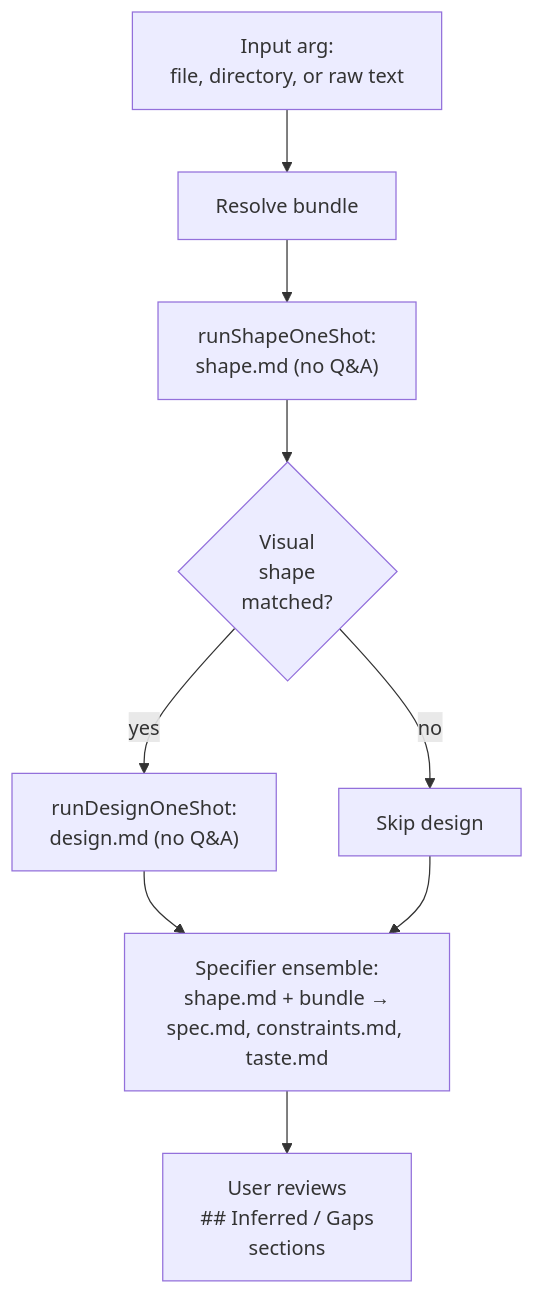
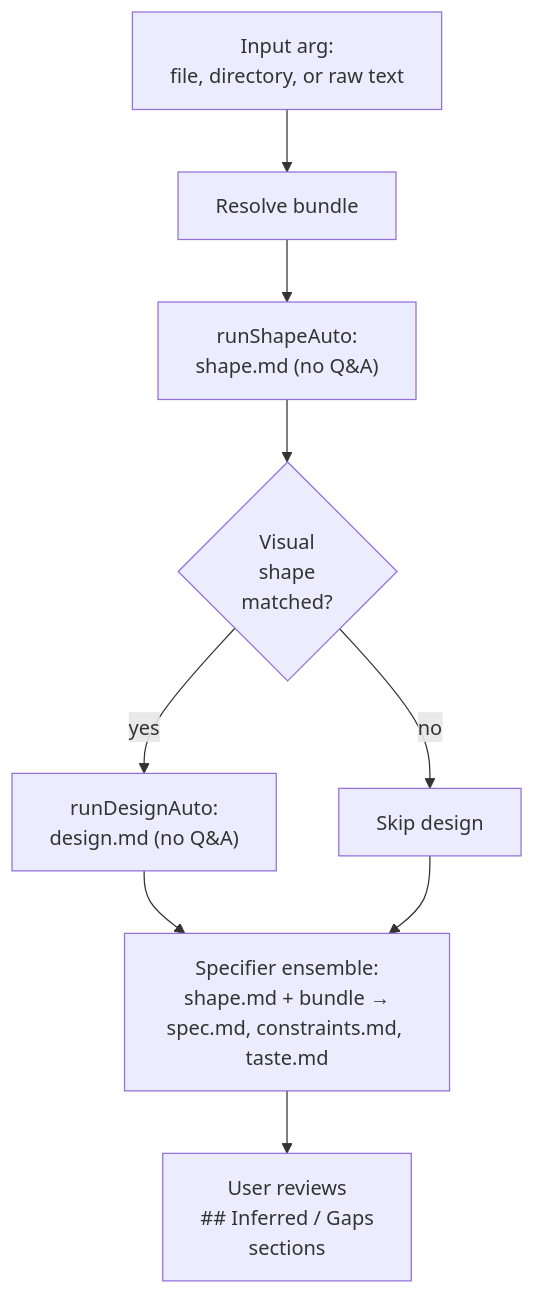
One commit to robmclarty/ridgeline changed the diagram in docs/ingest.md. Above: the diagram before and after it, drawn with Mermaid. The commit also changed 7 other files, not shown here.

First line of the commit message:
refactor(auto): rename OneShot to Auto and wire inputSource state

````diff
--- a/docs/ingest.md
+++ b/docs/ingest.md
@@ -44,12 +44,12 @@
 ```mermaid
 flowchart TB
     input["Input arg:\nfile, directory, or raw text"] --> resolve["Resolve bundle"]
-    resolve --> shape["runShapeOneShot:\nshape.md (no Q&A)"]
+    resolve --> shape["runShapeAuto:\nshape.md (no Q&A)"]
     shape --> visual{"Visual\nshape\nmatched?"}
-    visual -->|yes| oneshot_design["runDesignOneShot:\ndesign.md (no Q&A)"]
+    visual -->|yes| oneshot_design["runDesignAuto:\ndesign.md (no Q&A)"]
     visual -->|no| skip["Skip design"]
     oneshot_design --> spec
     skip --> spec
     spec["Specifier ensemble:\nshape.md + bundle →\nspec.md, constraints.md, taste.md"]
     spec --> review["User reviews\n## Inferred / Gaps\nsections"]
 ```
````
